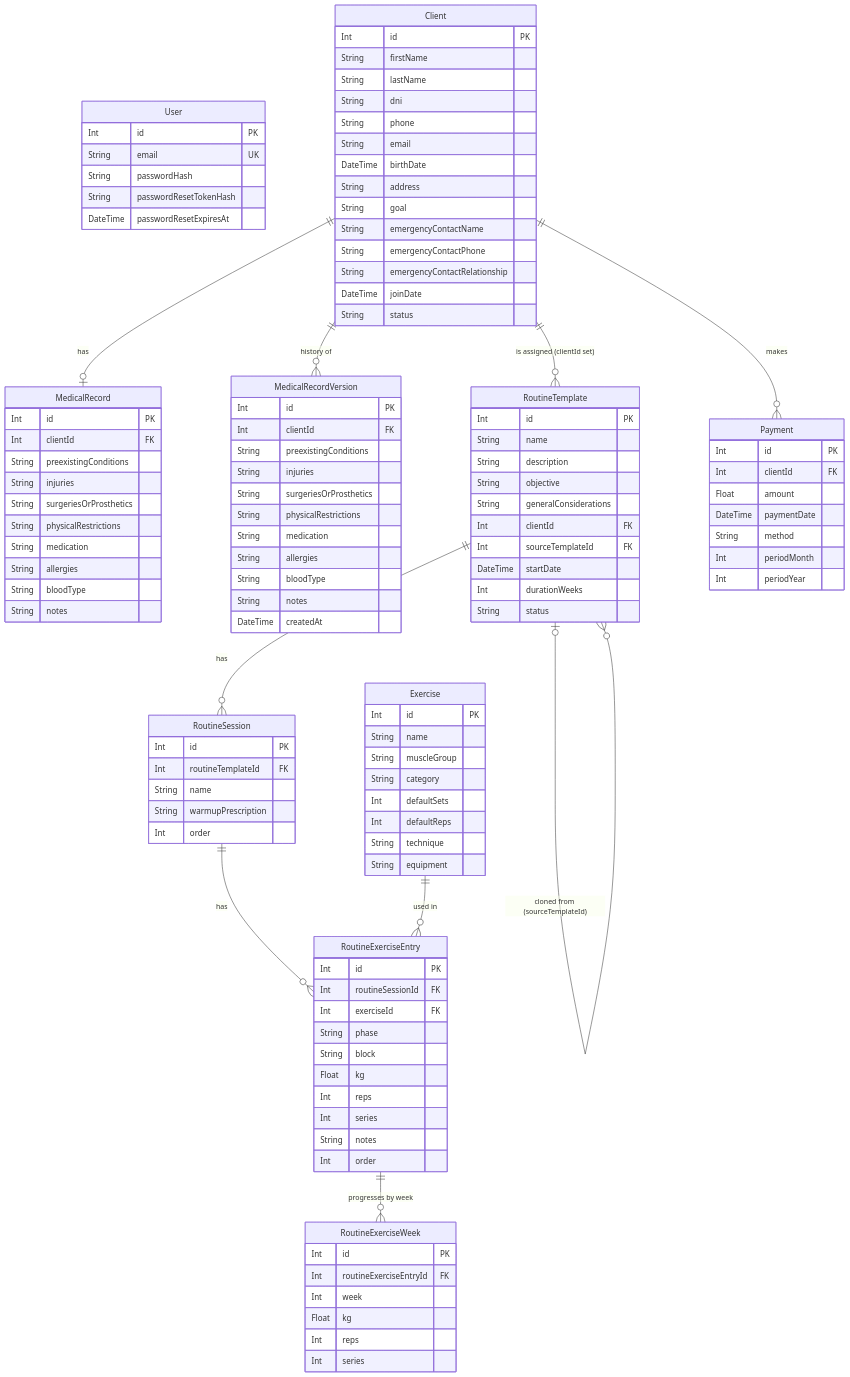
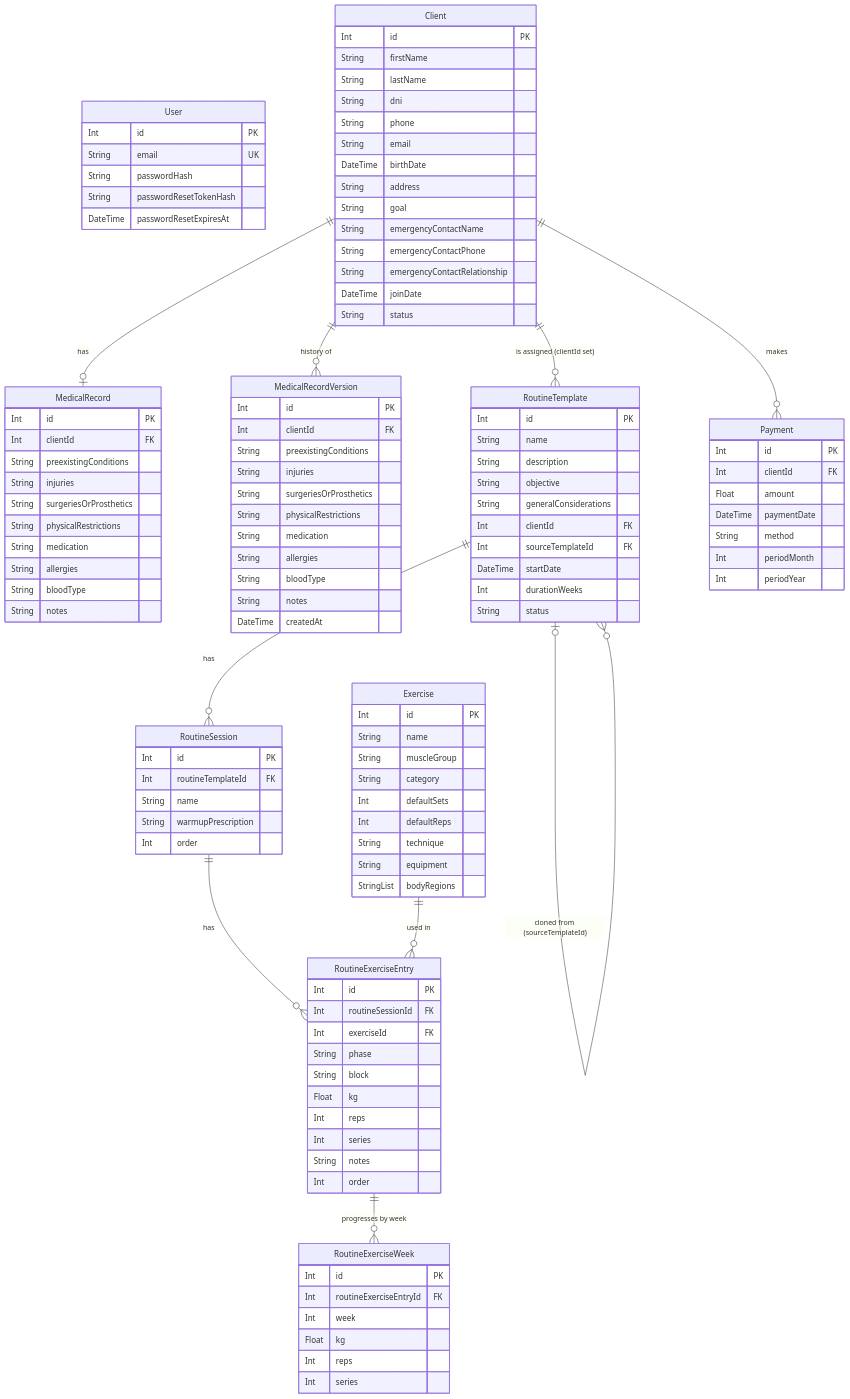
The diagram in docs/data-model.md (leortega33/AI4Devs-finalproject), drawn with Mermaid before and after one commit. The commit also changed other lines of this file and 47 other files, not shown here.

Commit message:
feat(routines): advisory medical warnings via exercise body regions (US-022)

```diff
--- a/docs/data-model.md
+++ b/docs/data-model.md
@@ -230,6 +232,7 @@
         Int defaultReps
         String technique
         String equipment
+        StringList bodyRegions
     }
     RoutineTemplate {
         Int id PK
```
